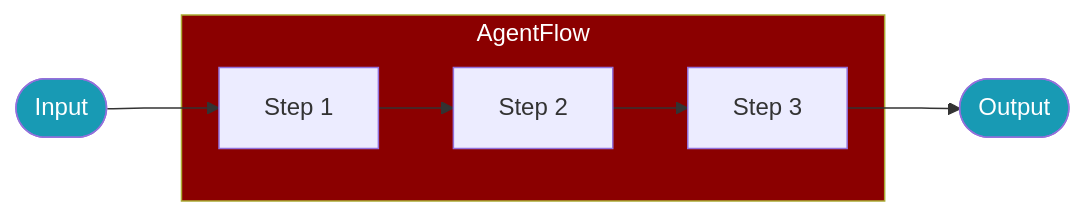
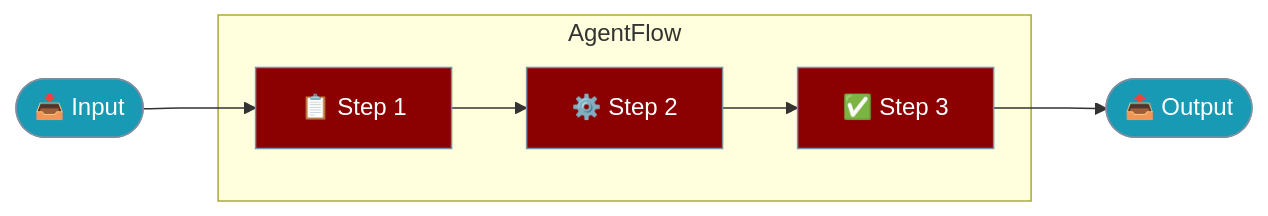
The first of 2 diagrams in docs/js/agent-flow.mdx (MervinPraison/PraisonAIDocs), drawn with Mermaid before and after one commit. The commit also changed other lines of this file and 3 other files, not shown here.

````diff
--- a/docs/js/agent-flow.mdx
+++ b/docs/js/agent-flow.mdx
@@ -18,17 +14,19 @@
 ```mermaid
-flowchart LR
-    subgraph Flow["AgentFlow"]
-        S1[Step 1]
-        S2[Step 2]
-        S3[Step 3]
+graph LR
+    subgraph "AgentFlow"
+        S1[📋 Step 1]
+        S2[⚙️ Step 2]
+        S3[✅ Step 3]
     end
     
-    Input([Input]) --> S1
+    Input([📥 Input]) --> S1
     S1 --> S2
     S2 --> S3
-    S3 --> Output([Output])
+    S3 --> Output([📤 Output])
     
-    style Flow fill:#8B0000,color:#fff
-    style Input fill:#189AB4,color:#fff
-    style Output fill:#189AB4,color:#fff
+    classDef step fill:#8B0000,stroke:#7C90A0,color:#fff
+    classDef io fill:#189AB4,stroke:#7C90A0,color:#fff
+    
+    class S1,S2,S3 step
+    class Input,Output io
 ```
````
